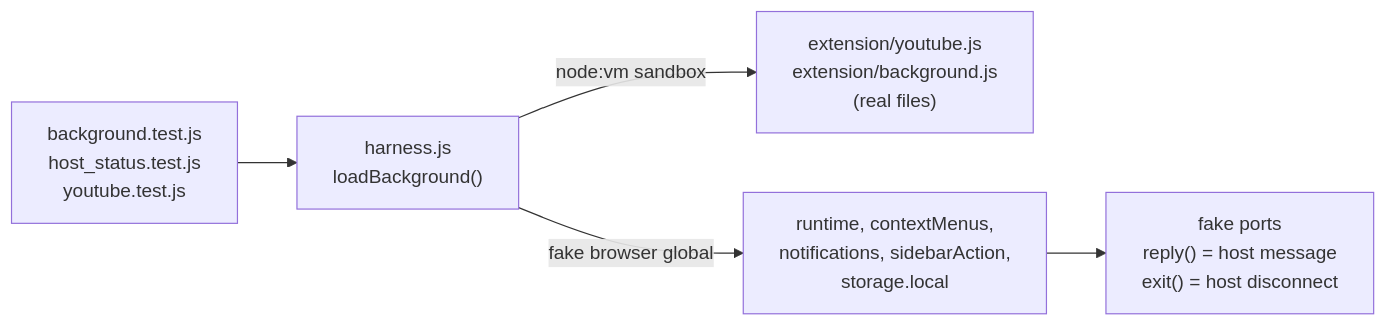
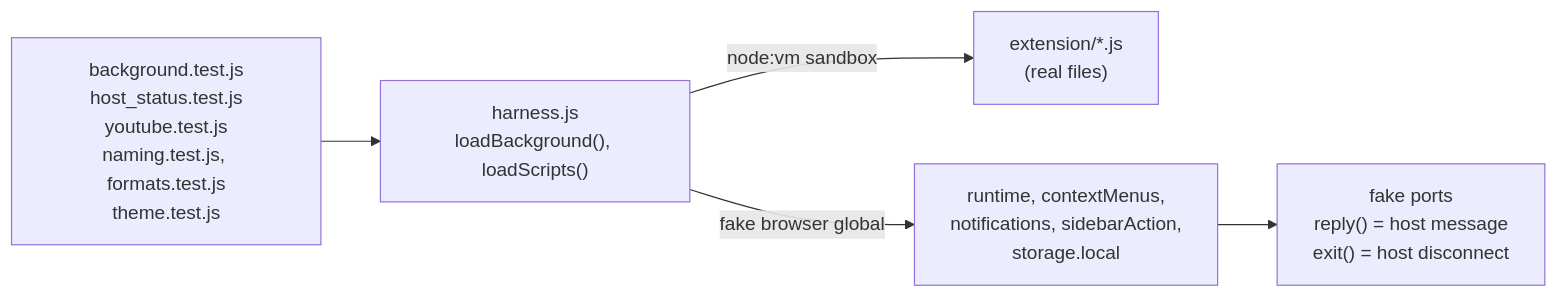
Before and after one commit to martin-iflap/YT-MP3-Downloader: diagram 22 of 22 in ARCHITECTURE.md, drawn with Mermaid. The commit also changed other lines of this file and 21 other files, not shown here.

````diff
--- a/ARCHITECTURE.md
+++ b/ARCHITECTURE.md
@@ -1171,7 +1254,7 @@
 ```mermaid
 flowchart LR
-    T["background.test.js<br/>host_status.test.js<br/>youtube.test.js"] --> H["harness.js<br/>loadBackground()"]
-    H -- "node:vm sandbox" --> E["extension/youtube.js<br/>extension/background.js<br/>(real files)"]
+    T["background.test.js<br/>host_status.test.js<br/>youtube.test.js<br/>naming.test.js, formats.test.js<br/>theme.test.js"] --> H["harness.js<br/>loadBackground(), loadScripts()"]
+    H -- "node:vm sandbox" --> E["extension/*.js<br/>(real files)"]
     H -- "fake browser global" --> FB["runtime, contextMenus,<br/>notifications, sidebarAction,<br/>storage.local"]
     FB --> FP["fake ports<br/>reply() = host message<br/>exit() = host disconnect"]
 ```
````
